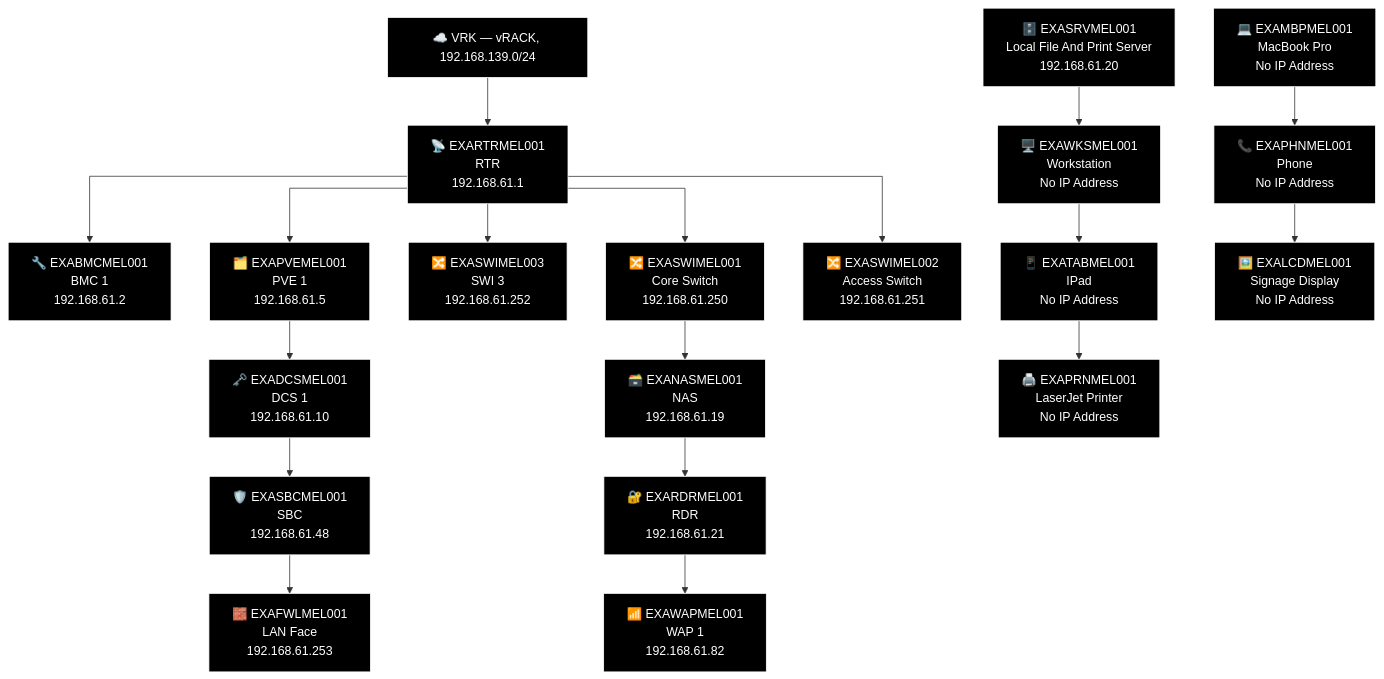
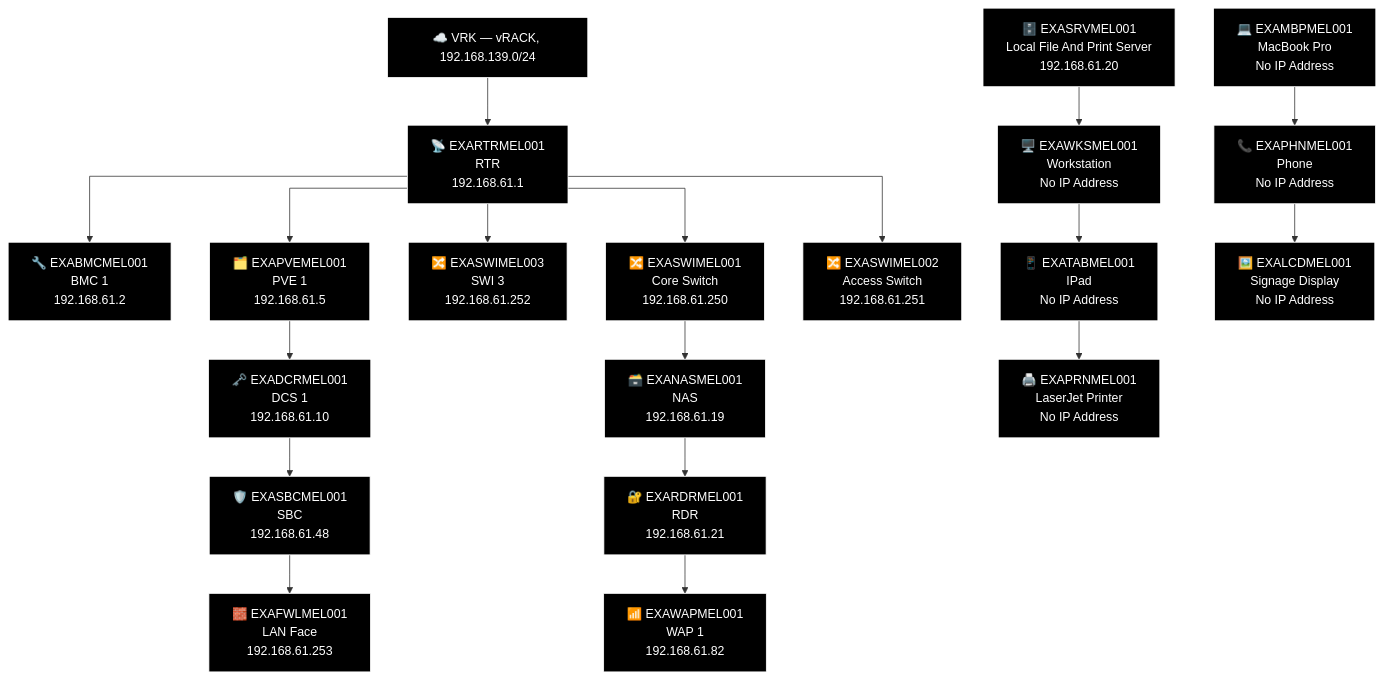
The sixth of 6 diagrams in docs/network-diagram/australia.md (knightmare2600/example_music_infra), drawn with Mermaid before and after one commit. The commit also changed other lines of this file and 8 other files, not shown here.

````diff
--- a/docs/network-diagram/australia.md
+++ b/docs/network-diagram/australia.md
@@ -321,56 +311,56 @@
 ```mermaid
 %% GENERATED:TOPOLOGY:MEL:START
 %%{init: {'flowchart': {'curve': 'stepAfter'}}}%%
 graph TD
     T_VRK["☁️ VRK — vRACK, 192.168.139.0/24"]
     T_RTR["📡 EXARTRMEL001<br/>RTR<br/>192.168.61.1"]
     T_VRK --> T_RTR
     T_BMC["🔧 EXABMCMEL001<br/>BMC 1<br/>192.168.61.2"]
     T_RTR --> T_BMC
     T_PVE["🗂️ EXAPVEMEL001<br/>PVE 1<br/>192.168.61.5"]
     T_RTR --> T_PVE
     T_SWI["🔀 EXASWIMEL003<br/>SWI 3<br/>192.168.61.252"]
     T_RTR --> T_SWI
     T_SWI2["🔀 EXASWIMEL001<br/>Core Switch<br/>192.168.61.250"]
     T_RTR --> T_SWI2
     T_SWI3["🔀 EXASWIMEL002<br/>Access Switch<br/>192.168.61.251"]
     T_RTR --> T_SWI3
     T_NAS["🗃️ EXANASMEL001<br/>NAS<br/>192.168.61.19"]
     T_RDR["🔐 EXARDRMEL001<br/>RDR<br/>192.168.61.21"]
     T_WAP["📶 EXAWAPMEL001<br/>WAP 1<br/>192.168.61.82"]
     T_SWI2 --> T_NAS --> T_RDR --> T_WAP
-    T_DCS["🗝️ EXADCSMEL001<br/>DCS 1<br/>192.168.61.10"]
+    T_DCS["🗝️ EXADCRMEL001<br/>DCS 1<br/>192.168.61.10"]
     T_SBC["🛡️ EXASBCMEL001<br/>SBC<br/>192.168.61.48"]
     T_FWL["🧱 EXAFWLMEL001<br/>LAN Face<br/>192.168.61.253"]
     T_PVE --> T_DCS --> T_SBC --> T_FWL
     T_SRV["🗄️ EXASRVMEL001<br/>Local File And Print Server<br/>192.168.61.20"]
     T_MBP["💻 EXAMBPMEL001<br/>MacBook Pro<br/>No IP Address"]
     T_WKS["🖥️ EXAWKSMEL001<br/>Workstation<br/>No IP Address"]
     T_PHN["📞 EXAPHNMEL001<br/>Phone<br/>No IP Address"]
     T_TAB["📱 EXATABMEL001<br/>IPad<br/>No IP Address"]
     T_LCD["🖼️ EXALCDMEL001<br/>Signage Display<br/>No IP Address"]
     T_PRN["🖨️ EXAPRNMEL001<br/>LaserJet Printer<br/>No IP Address"]
     T_SRV --> T_WKS --> T_TAB --> T_PRN
     T_MBP --> T_PHN --> T_LCD
     style T_VRK fill:#000000,stroke:#FFFFFF,color:#FFFFFF
     style T_RTR fill:#000000,stroke:#FFFFFF,color:#FFFFFF
     style T_BMC fill:#000000,stroke:#FFFFFF,color:#FFFFFF
     style T_PVE fill:#000000,stroke:#FFFFFF,color:#FFFFFF
     style T_SWI fill:#000000,stroke:#FFFFFF,color:#FFFFFF
     style T_SWI2 fill:#000000,stroke:#FFFFFF,color:#FFFFFF
     style T_SWI3 fill:#000000,stroke:#FFFFFF,color:#FFFFFF
     style T_NAS fill:#000000,stroke:#FFFFFF,color:#FFFFFF
     style T_RDR fill:#000000,stroke:#FFFFFF,color:#FFFFFF
     style T_WAP fill:#000000,stroke:#FFFFFF,color:#FFFFFF
     style T_DCS fill:#000000,stroke:#FFFFFF,color:#FFFFFF
     style T_SBC fill:#000000,stroke:#FFFFFF,color:#FFFFFF
     style T_FWL fill:#000000,stroke:#FFFFFF,color:#FFFFFF
     style T_SRV fill:#000000,stroke:#FFFFFF,color:#FFFFFF
     style T_MBP fill:#000000,stroke:#FFFFFF,color:#FFFFFF
     style T_WKS fill:#000000,stroke:#FFFFFF,color:#FFFFFF
     style T_PHN fill:#000000,stroke:#FFFFFF,color:#FFFFFF
     style T_TAB fill:#000000,stroke:#FFFFFF,color:#FFFFFF
     style T_LCD fill:#000000,stroke:#FFFFFF,color:#FFFFFF
     style T_PRN fill:#000000,stroke:#FFFFFF,color:#FFFFFF
 %% GENERATED:TOPOLOGY:MEL:END
 ```
````
